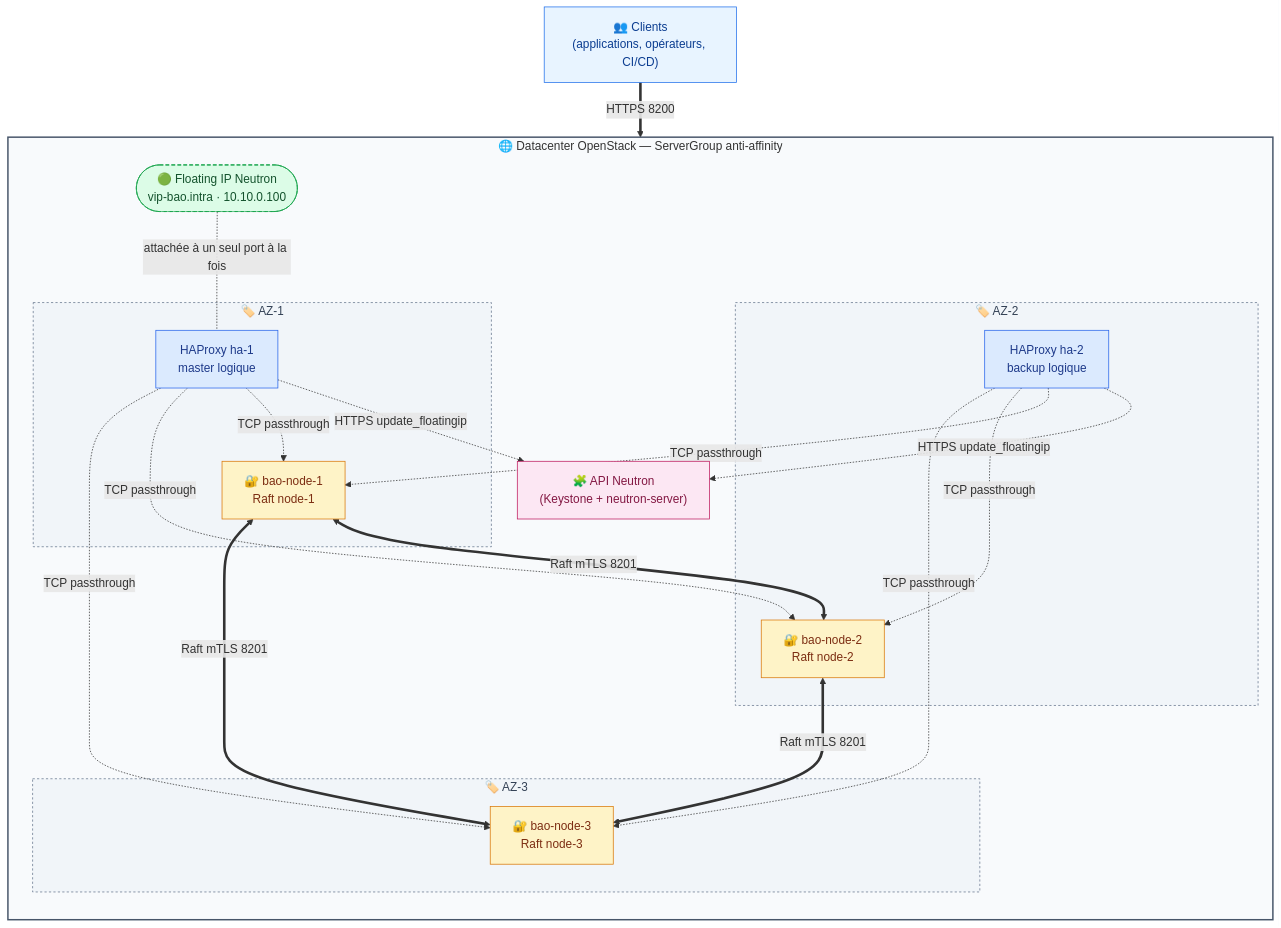
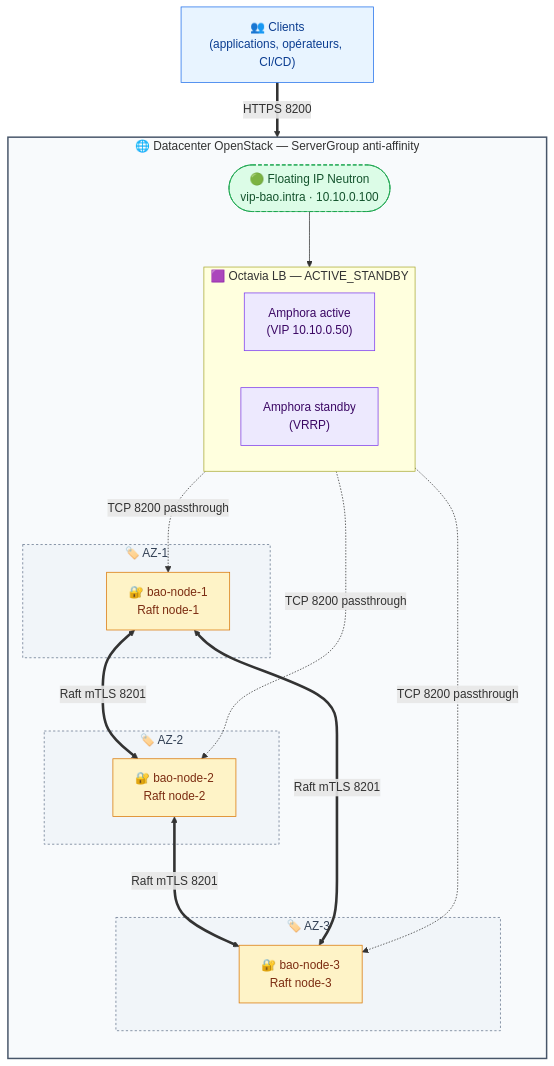
One commit to massinissa-boutrig/OpenBao changed the diagram in openbao-ha/README.md. Above: the diagram before and after it, drawn with Mermaid. The commit also changed other lines of this file and 48 other files, not shown here.

````diff
--- a/openbao-ha/README.md
+++ b/openbao-ha/README.md
@@ -47,52 +48,47 @@
 ```mermaid
 flowchart TB
     classDef client fill:#e8f4ff,stroke:#1f6feb,color:#0b3d91
     classDef fip fill:#dcfce7,stroke:#16a34a,stroke-dasharray:5 3,color:#14532d
-    classDef ha fill:#dbeafe,stroke:#2563eb,color:#1e3a8a
+    classDef lb fill:#ede9fe,stroke:#7c3aed,color:#3b0764
     classDef bao fill:#fef3c7,stroke:#d97706,color:#7c2d12
-    classDef neutron fill:#fce7f3,stroke:#be185d,color:#831843
     classDef az fill:#f1f5f9,stroke:#64748b,stroke-dasharray:3 3,color:#334155
     classDef dc fill:#f8fafc,stroke:#475569,stroke-width:2px
 
     Clients["👥 Clients<br/>(applications, opérateurs, CI/CD)"]:::client
 
     subgraph DC ["🌐 Datacenter OpenStack — ServerGroup anti-affinity"]
         direction TB
         FIP(["🟢 Floating IP Neutron<br/>vip-bao.intra · 10.10.0.100"]):::fip
-        NEUTRON["🧩 API Neutron<br/>(Keystone + neutron-server)"]:::neutron
+
+        subgraph OCTAVIA ["🟪 Octavia LB — ACTIVE_STANDBY"]
+            AMP1["Amphora active<br/>(VIP 10.10.0.50)"]:::lb
+            AMP2["Amphora standby<br/>(VRRP)"]:::lb
+        end
 
         subgraph AZ1 ["🏷️ AZ-1"]
-            HA1["HAProxy ha-1<br/>master logique"]:::ha
             BAO1["🔐 bao-node-1<br/>Raft node-1"]:::bao
         end
 
         subgraph AZ2 ["🏷️ AZ-2"]
-            HA2["HAProxy ha-2<br/>backup logique"]:::ha
             BAO2["🔐 bao-node-2<br/>Raft node-2"]:::bao
         end
 
         subgraph AZ3 ["🏷️ AZ-3"]
             BAO3["🔐 bao-node-3<br/>Raft node-3"]:::bao
         end
 
-        FIP -.attachée à un seul port à la fois.- HA1
-        HA1 -.HTTPS update_floatingip.-> NEUTRON
-        HA2 -.HTTPS update_floatingip.-> NEUTRON
+        FIP --> OCTAVIA
+        OCTAVIA -.TCP 8200 passthrough.-> BAO1
+        OCTAVIA -.TCP 8200 passthrough.-> BAO2
+        OCTAVIA -.TCP 8200 passthrough.-> BAO3
+
+        BAO1 <==>|Raft mTLS 8201| BAO2
+        BAO2 <==>|Raft mTLS 8201| BAO3
+        BAO1 <==>|Raft mTLS 8201| BAO3
     end
 
     class DC dc
     class AZ1,AZ2,AZ3 az
 
     Clients ==>|HTTPS 8200| FIP
-
-    HA1 -.TCP passthrough.-> BAO1
-    HA1 -.TCP passthrough.-> BAO2
-    HA1 -.TCP passthrough.-> BAO3
-    HA2 -.TCP passthrough.-> BAO1
-    HA2 -.TCP passthrough.-> BAO2
-    HA2 -.TCP passthrough.-> BAO3
-
-    BAO1 <==>|Raft mTLS 8201| BAO2
-    BAO2 <==>|Raft mTLS 8201| BAO3
-    BAO1 <==>|Raft mTLS 8201| BAO3
 ```
````
